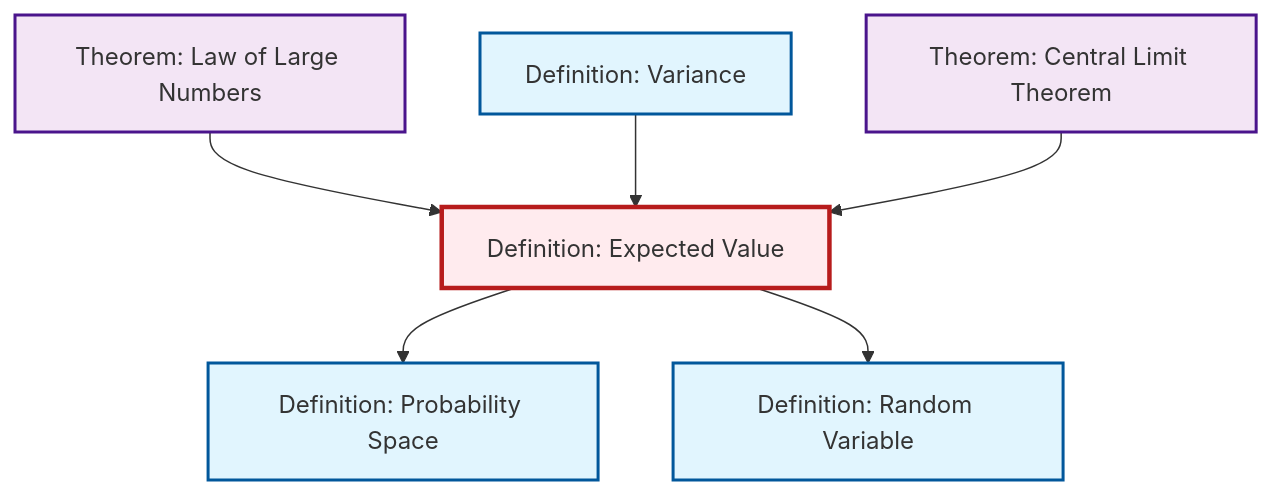
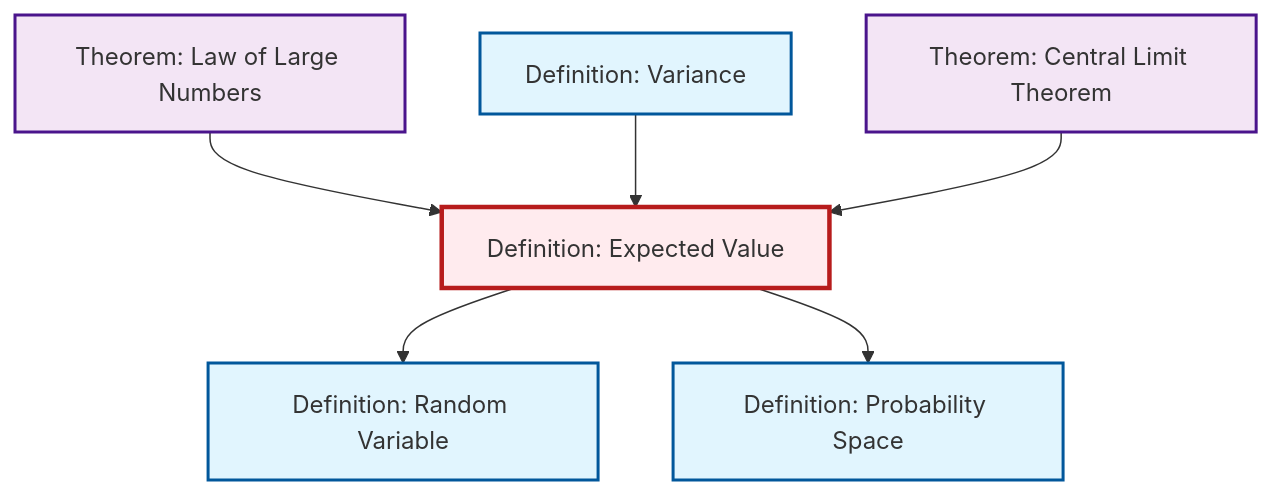
The second of 2 diagrams in content/en/probability-statistics/def-expectation.qmd (RK0429/ModernMath), drawn with Mermaid before and after one commit. The commit also changed other lines of this file and 360 other files, not shown here.

````diff
--- a/content/en/probability-statistics/def-expectation.qmd
+++ b/content/en/probability-statistics/def-expectation.qmd
@@ -86,26 +86,26 @@
 ```{mermaid}
 %%| fig-cap: "Local dependency graph"
 graph TD
     classDef definition fill:#e1f5fe,stroke:#01579b,stroke-width:2px
     classDef theorem fill:#f3e5f5,stroke:#4a148c,stroke-width:2px
     classDef axiom fill:#fff3e0,stroke:#e65100,stroke-width:2px
     classDef example fill:#e8f5e9,stroke:#1b5e20,stroke-width:2px
     classDef current fill:#ffebee,stroke:#b71c1c,stroke-width:3px
+    def-probability-space["Definition: Probability Space"]:::definition
     def-expectation["Definition: Expected Value"]:::definition
+    def-random-variable["Definition: Random Variable"]:::definition
     thm-central-limit["Theorem: Central Limit Theorem"]:::theorem
-    def-random-variable["Definition: Random Variable"]:::definition
+    def-variance["Definition: Variance"]:::definition
     thm-law-of-large-numbers["Theorem: Law of Large Numbers"]:::theorem
-    def-probability-space["Definition: Probability Space"]:::definition
-    def-variance["Definition: Variance"]:::definition
     thm-law-of-large-numbers --> def-expectation
     def-variance --> def-expectation
-    def-expectation --> def-probability-space
     def-expectation --> def-random-variable
     thm-central-limit --> def-expectation
+    def-expectation --> def-probability-space
     class def-expectation current
+    click def-probability-space "def-probability-space.html" "Go to Probability Space definition"
+    click def-random-variable "def-random-variable.html" "Go to Random Variable definition"
     click thm-central-limit "thm-central-limit.html" "Go to Central Limit Theorem theorem"
-    click def-random-variable "def-random-variable.html" "Go to Random Variable definition"
+    click def-variance "def-variance.html" "Go to Variance definition"
     click thm-law-of-large-numbers "thm-law-of-large-numbers.html" "Go to Law of Large Numbers theorem"
-    click def-probability-space "def-probability-space.html" "Go to Probability Space definition"
-    click def-variance "def-variance.html" "Go to Variance definition"
 ```
````
